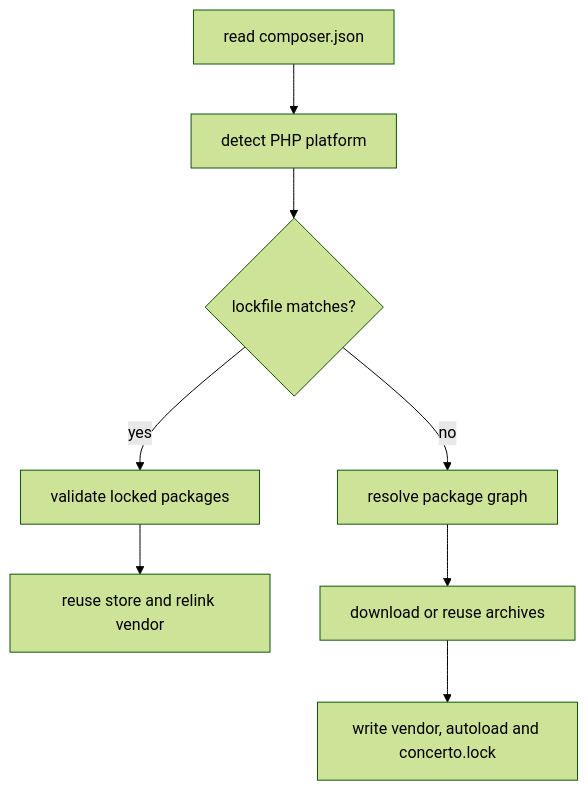
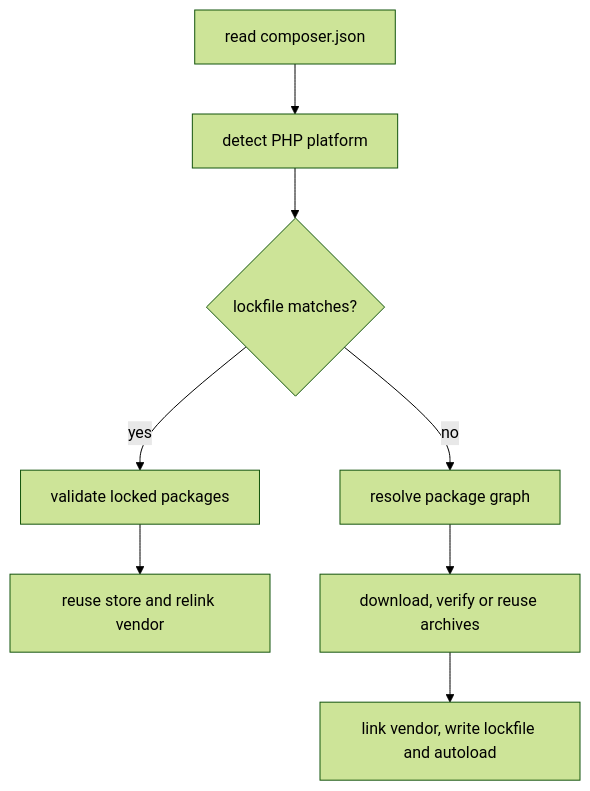
Before and after one commit to TheLifus/concerto: the second of 2 diagrams in README.md, drawn with Mermaid (forest theme). The commit also changed other lines of this file, not shown here.

````diff
--- a/README.md
+++ b/README.md
@@ -83,10 +83,10 @@
 ```mermaid
 flowchart TD
     root["read composer.json"] --> platform["detect PHP platform"]
     platform --> lock{"lockfile matches?"}
     lock -- yes --> locked["validate locked packages"]
     locked --> relink["reuse store and relink vendor"]
     lock -- no --> resolve["resolve package graph"]
-    resolve --> prepare["download or reuse archives"]
-    prepare --> write["write vendor, autoload and concerto.lock"]
+    resolve --> prepare["download, verify or reuse archives"]
+    prepare --> write["link vendor, write lockfile and autoload"]
 ```
````
